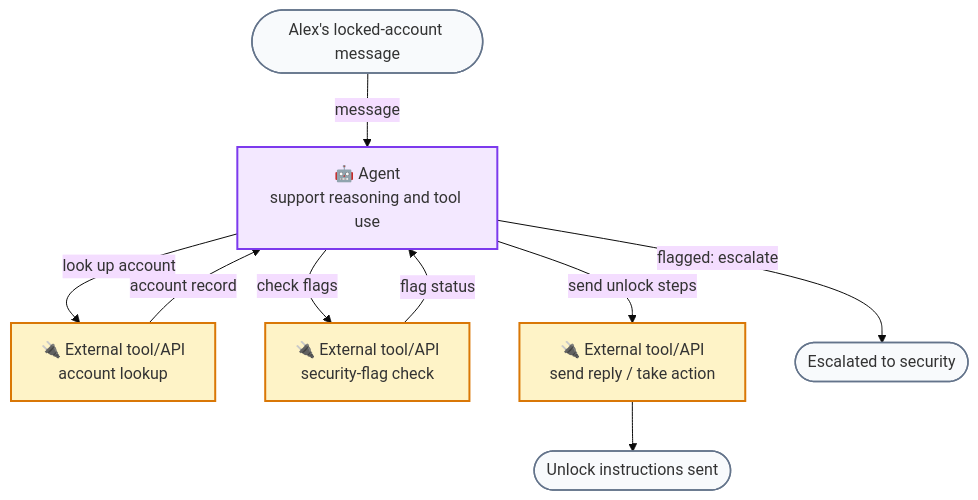
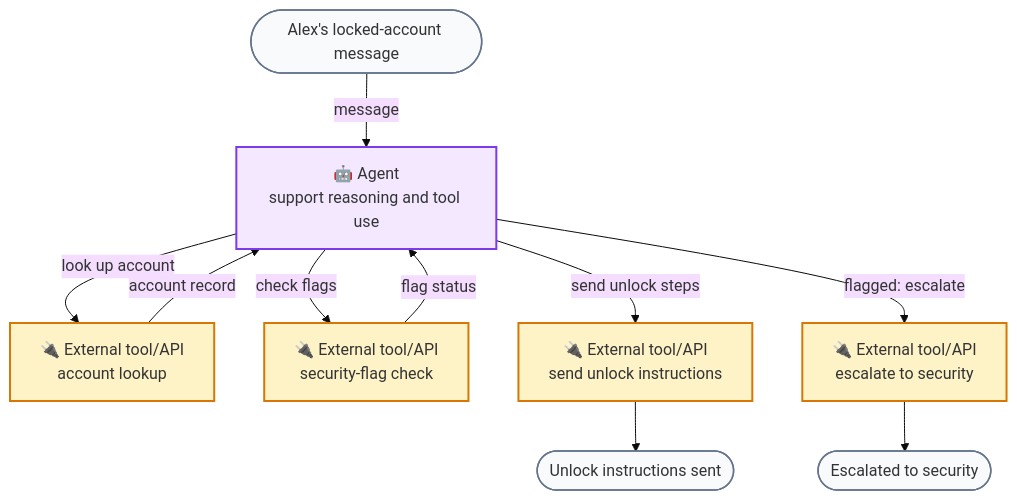
The second of 5 diagrams in src/content/blog/workflow-vs-agent.mdx (FridljDa/FridljDa.github.io), drawn with Mermaid (base theme) before and after one commit. The commit also changed other lines of this file and 3 other files, not shown here.

Commit message:
refine: add mermaid diagram rendering script and update workflow documentation

````diff
--- a/src/content/blog/workflow-vs-agent.mdx
+++ b/src/content/blog/workflow-vs-agent.mdx
@@ -69,26 +69,28 @@
 ```mermaid
 flowchart TD
     INPUT(["Alex's locked-account message"])
     A1["🤖 Agent<br/>support reasoning and tool use"]
     T1["🔌 External tool/API<br/>account lookup"]
     T2["🔌 External tool/API<br/>security-flag check"]
-    T3["🔌 External tool/API<br/>send reply / take action"]
+    T3["🔌 External tool/API<br/>send unlock instructions"]
+    T4["🔌 External tool/API<br/>escalate to security"]
     OUT1(["Unlock instructions sent"])
     OUT2(["Escalated to security"])
 
     INPUT -->|"message"| A1
     A1 -->|"look up account"| T1
     T1 -->|"account record"| A1
     A1 -->|"check flags"| T2
     T2 -->|"flag status"| A1
     A1 -->|"send unlock steps"| T3
     T3 --> OUT1
-    A1 -->|"flagged: escalate"| OUT2
+    A1 -->|"flagged: escalate"| T4
+    T4 --> OUT2
 
     classDef agent fill:#f3e8ff,stroke:#7c3aed,stroke-width:2px
     classDef tool fill:#fef3c7,stroke:#d97706,stroke-width:2px
     classDef terminal fill:#f8fafc,stroke:#64748b,stroke-width:1.5px
     class A1 agent
-    class T1,T2,T3 tool
+    class T1,T2,T3,T4 tool
     class INPUT,OUT1,OUT2 terminal
 ```
````
